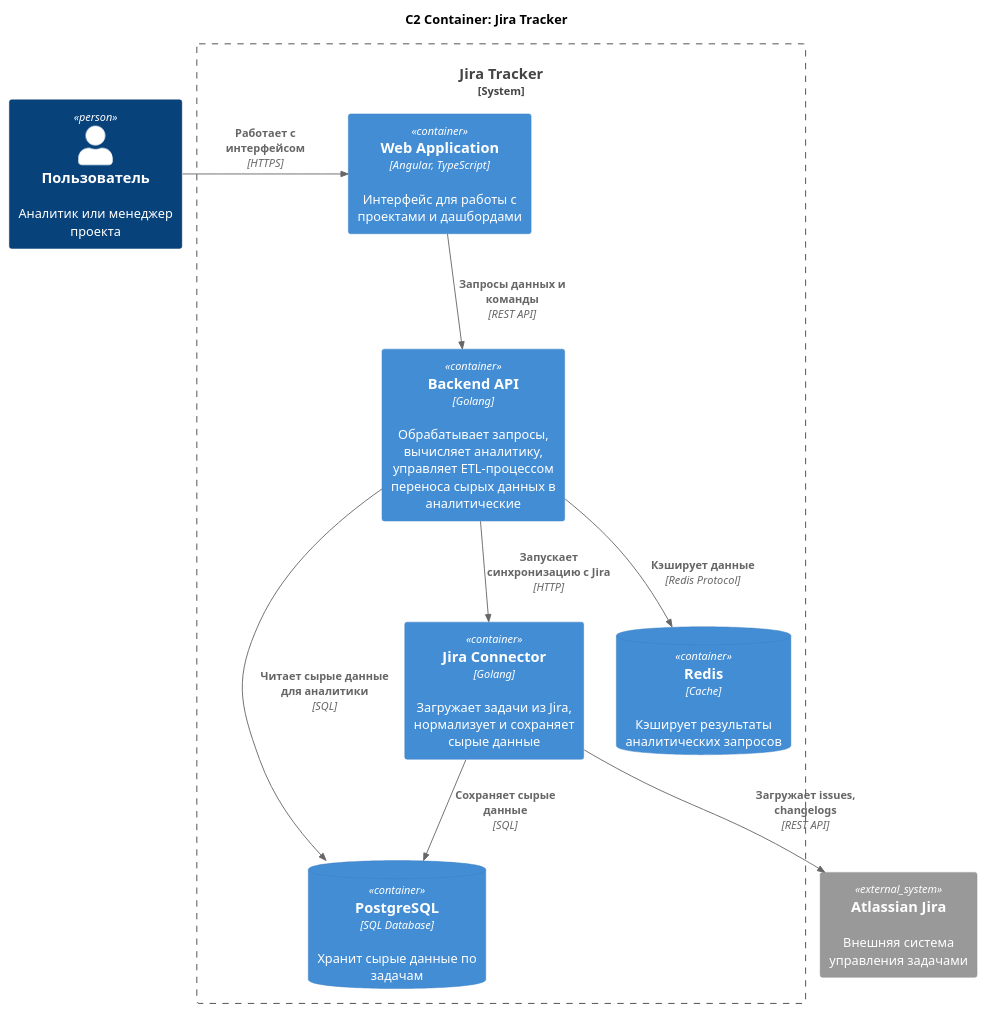
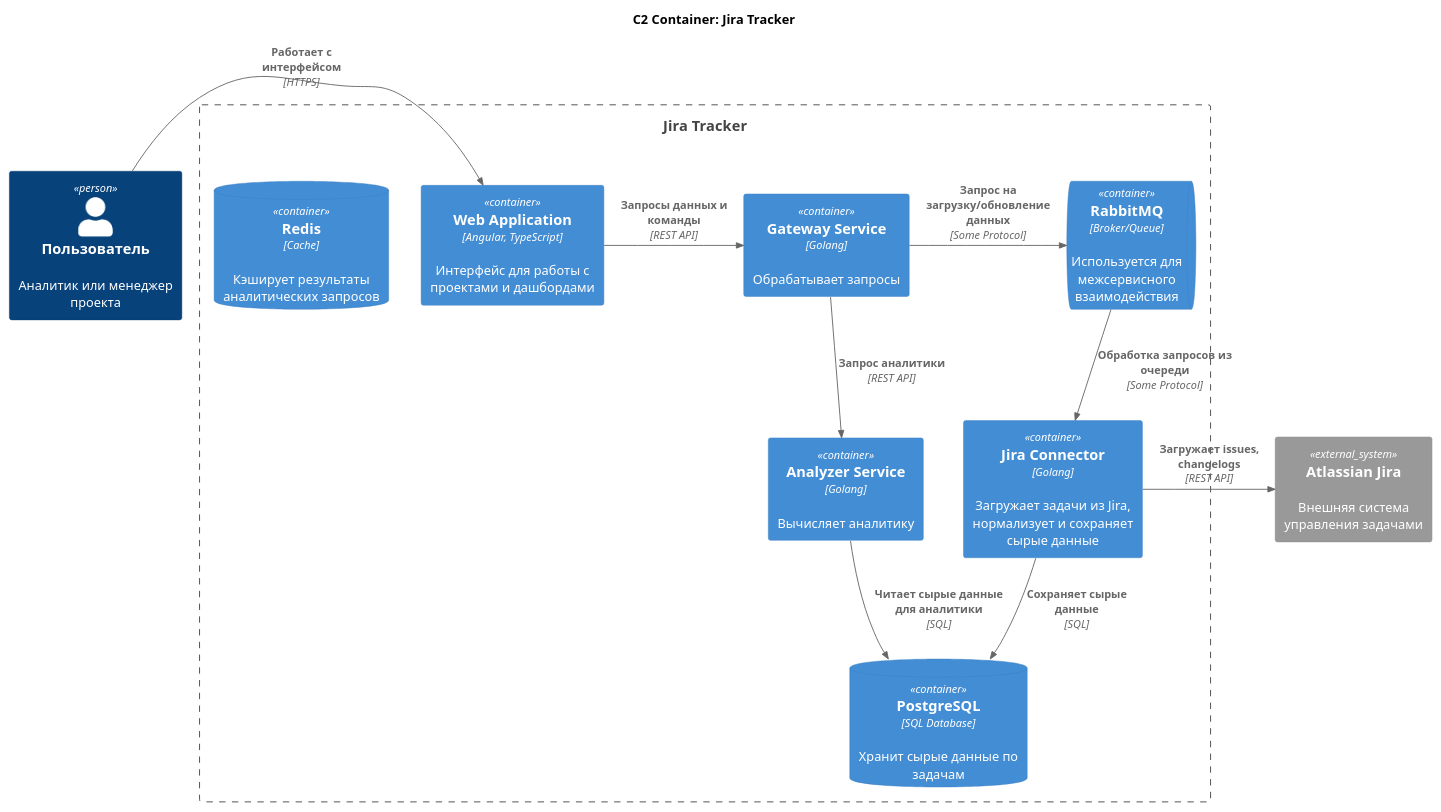
One commit to Go-Yadro-Group-1/docs changed the diagram in German/C2/scheme.puml. Above: the diagram before and after it, drawn with PlantUML. The commit also changed 1 other file, not shown here.

Commit message:
Fix scheme C2. add queue, split backend to gateway and analyzer

```diff
--- a/German/C2/scheme.puml
+++ b/German/C2/scheme.puml
@@ -1,32 +1,38 @@
 @startuml
 !include https://raw.githubusercontent.com/plantuml-stdlib/C4-PlantUML/master/C4_Container.puml
 
 title C2 Container: Jira Tracker
 
 Person(user, "Пользователь", "Аналитик или менеджер проекта")
 
-System_Boundary(tracker, "Jira Tracker") {
+Boundary(tracker, "Jira Tracker") {
     Container(webapp, "Web Application", "Angular, TypeScript", "Интерфейс для работы с проектами и дашбордами")
 
-    Container(backend, "Backend API", "Golang", "Обрабатывает запросы, вычисляет аналитику, управляет ETL-процессом переноса сырых данных в аналитические")
+    Container(gateway, "Gateway Service", "Golang", "Обрабатывает запросы")
+
+    Container(analytic, "Analyzer Service", "Golang", "Вычисляет аналитику")
 
     Container(connector, "Jira Connector", "Golang", "Загружает задачи из Jira, нормализует и сохраняет сырые данные")
 
     ContainerDb(postgres, "PostgreSQL", "SQL Database", "Хранит сырые данные по задачам")
 
     ContainerDb(mongo, "Redis", "Cache", "Кэширует результаты аналитических запросов")
+
+    ContainerQueue(queue, "RabbitMQ", "Broker/Queue", "Используется для межсервисного взаимодействия")
 }
 
 System_Ext(jira, "Atlassian Jira", "Внешняя система управления задачами")
 
 Rel_R(user, webapp, "Работает с интерфейсом", "HTTPS")
-Rel(webapp, backend, "Запросы данных и команды", "REST API")
+Rel_R(webapp, gateway, "Запросы данных и команды", "REST API")
 
-Rel(backend, connector, "Запускает синхронизацию с Jira", "HTTP")
-Rel(backend, postgres, "Читает сырые данные для аналитики", "SQL")
-Rel(backend, mongo, "Кэширует данные", "Redis Protocol")
+Rel_D(gateway, analytic, "Запрос аналитики", "REST API")
+Rel_R(gateway, queue, "Запрос на загрузку/обновление данных", "Some Protocol")
+Rel_D(queue, connector, "Обработка запросов из очереди", "Some Protocol")
 
-Rel(connector, jira, "Загружает issues, changelogs", "REST API")
+Rel(analytic, postgres, "Читает сырые данные для аналитики", "SQL")
+
+Rel_R(connector, jira, "Загружает issues, changelogs", "REST API")
 Rel(connector, postgres, "Сохраняет сырые данные", "SQL")
 
 @enduml
```
